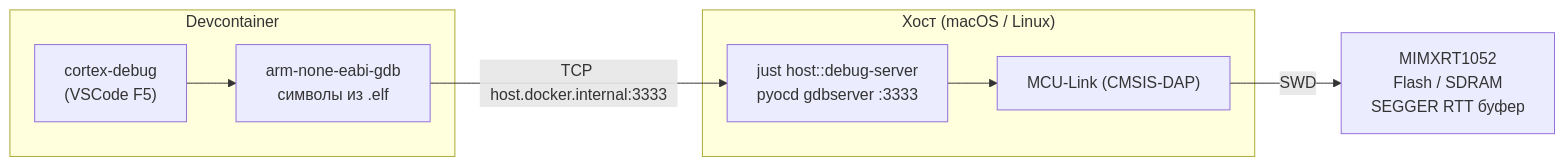
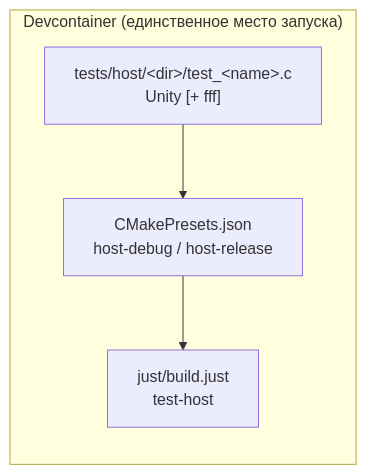
One commit to OSabuser/tft_manufacture_test changed the diagram in docs/testing/host/HOST_CREATE_TEST.md. Above: the diagram before and after it, drawn with Mermaid. The commit also changed other lines of this file and 15 other files, not shown here.

````diff
--- a/docs/testing/host/HOST_CREATE_TEST.md
+++ b/docs/testing/host/HOST_CREATE_TEST.md
@@ -9,19 +12,9 @@
 ```mermaid
 flowchart LR
-    subgraph Host["Хост (macOS / Linux)"]
-        DS["just host::debug-server\npyocd gdbserver :3333"]
-        ML["MCU-Link (CMSIS-DAP)"]
-        DS --> ML
+    subgraph DC["Devcontainer (единственное место запуска)"]
+        C["tests/host/&lt;dir&gt;/test_&lt;name&gt;.c\nUnity [+ fff]"]
+        CP["CMakePresets.json\nhost-debug / host-release"]
+        JB["just/build.just\ntest-host"]
+        C --> CP --> JB
     end
-
-    subgraph DC["Devcontainer"]
-        CD["cortex-debug\n(VSCode F5)"]
-        GDB["arm-none-eabi-gdb\nсимволы из .elf"]
-        CD --> GDB
-    end
-
-    Board["MIMXRT1052\nFlash / SDRAM\nSEGGER RTT буфер"]
-
-    GDB -->|"TCP host.docker.internal:3333"| DS
-    ML -->|"SWD"| Board
 ```
````
